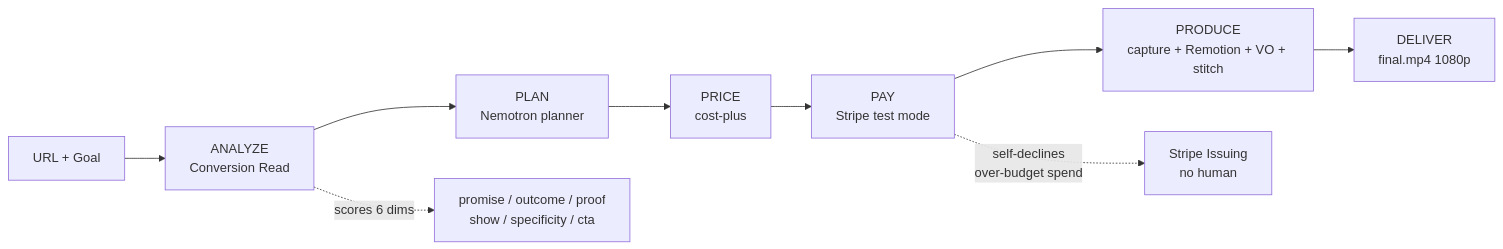
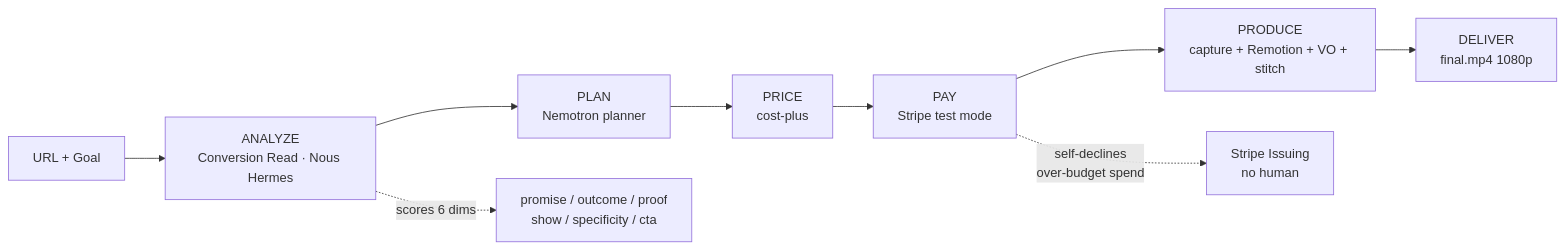
The first of 2 diagrams in README.md (denniswanglabs/filmo), drawn with Mermaid before and after one commit. The commit also changed other lines of this file and 5 other files, not shown here.

First line of the commit message:
Conversion Read runs on Nous Hermes (Nemotron Ultra reliability fallback)

````diff
--- a/README.md
+++ b/README.md
@@ -42,12 +43,12 @@
 ```mermaid
 flowchart LR
-    A[URL + Goal] --> B[ANALYZE<br/>Conversion Read]
+    A[URL + Goal] --> B[ANALYZE<br/>Conversion Read · Nous Hermes]
     B --> C[PLAN<br/>Nemotron planner]
     C --> D[PRICE<br/>cost-plus]
     D --> E[PAY<br/>Stripe test mode]
     E --> F[PRODUCE<br/>capture + Remotion + VO + stitch]
     F --> G[DELIVER<br/>final.mp4 1080p]
 
     B -. scores 6 dims .-> B1[promise / outcome / proof<br/>show / specificity / cta]
     E -. self-declines<br/>over-budget spend .-> E1[Stripe Issuing<br/>no human]
 ```
````
